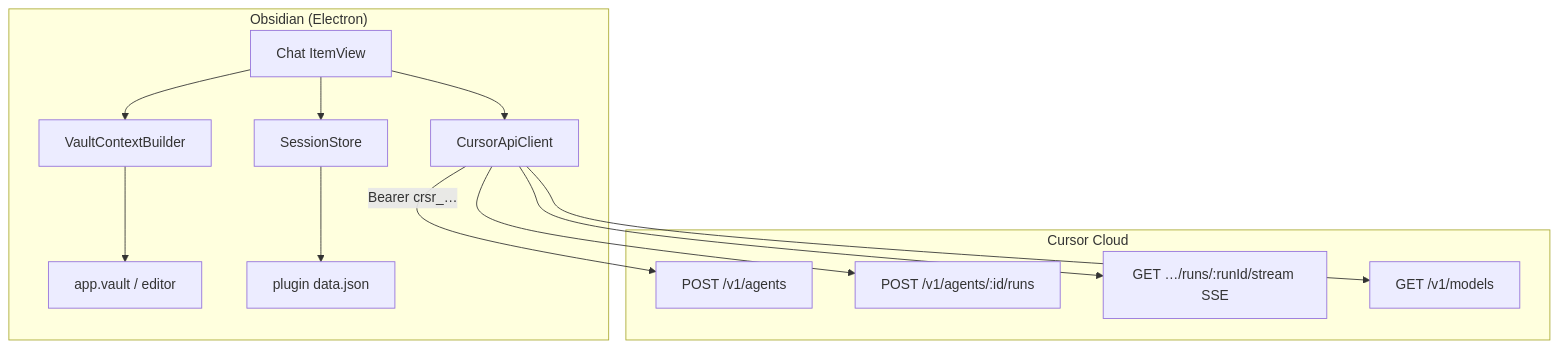
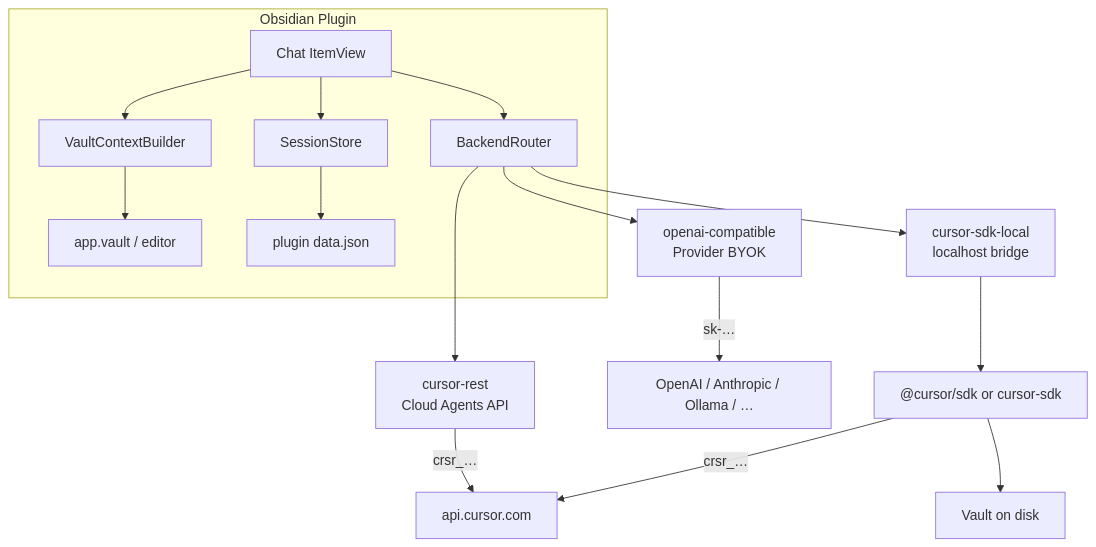
The first of 2 diagrams in docs/DESIGN.md (guilyx/obsidian-cursor-plugin), drawn with Mermaid before and after one commit. The commit also changed other lines of this file and 8 other files, not shown here.

First line of the commit message:
docs: add BYOK backend and Cursor SDK bridge architecture

````diff
--- a/docs/DESIGN.md
+++ b/docs/DESIGN.md
@@ -30,26 +33,24 @@
 ```mermaid
 flowchart TB
-  subgraph Obsidian["Obsidian (Electron)"]
+  subgraph Obsidian["Obsidian Plugin"]
     UI["Chat ItemView"]
     CTX["VaultContextBuilder"]
     SESS["SessionStore"]
-    API["CursorApiClient"]
+    ROUTER["BackendRouter"]
     UI --> CTX
     UI --> SESS
-    UI --> API
+    UI --> ROUTER
     CTX --> VaultAPI["app.vault / editor"]
     SESS --> DataJSON["plugin data.json"]
   end
 
-  subgraph Cursor["Cursor Cloud"]
-    Agents["POST /v1/agents"]
-    Runs["POST /v1/agents/:id/runs"]
-    Stream["GET …/runs/:runId/stream SSE"]
-    Models["GET /v1/models"]
-  end
+  ROUTER --> BYOK["openai-compatible\nProvider BYOK"]
+  ROUTER --> REST["cursor-rest\nCloud Agents API"]
+  ROUTER --> BRIDGE["cursor-sdk-local\nlocalhost bridge"]
 
-  API -->|"Bearer crsr_…"| Agents
-  API --> Runs
-  API --> Stream
-  API --> Models
+  BYOK -->|"sk-…"| PROVIDER["OpenAI / Anthropic / Ollama / …"]
+  REST -->|"crsr_…"| CURSOR["api.cursor.com"]
+  BRIDGE --> SDK["@cursor/sdk or cursor-sdk"]
+  SDK -->|"crsr_…"| CURSOR
+  SDK --> DISK["Vault on disk"]
 ```
````
